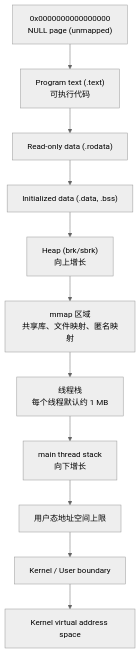
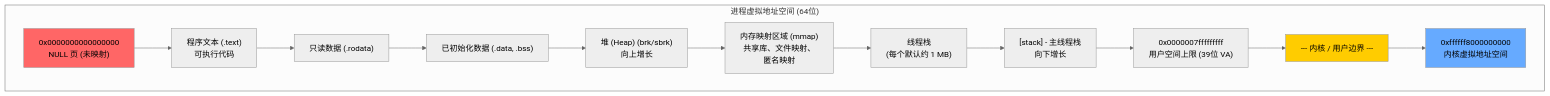
One commit to fwrite0920/aosp-internal-book changed the first of 20 diagrams in 08-memory-management-zh.md. Above: the diagram before and after it, drawn with Mermaid (neutral theme). The commit also changed other lines of this file and 63 other files, not shown here.

````diff
--- a/08-memory-management-zh.md
+++ b/08-memory-management-zh.md
@@ -44,13 +44,22 @@
 ```mermaid
 graph TD
-    A["0x0000000000000000<br/>NULL page (unmapped)"] --> B["Program text (.text)<br/>可执行代码"]
-    B --> C["Read-only data (.rodata)"]
-    C --> D["Initialized data (.data, .bss)"]
-    D --> E["Heap (brk/sbrk)<br/>向上增长"]
-    E --> F["mmap 区域<br/>共享库、文件映射、匿名映射"]
-    F --> G["线程栈<br/>每个线程默认约 1 MB"]
-    G --> H["main thread stack<br/>向下增长"]
-    H --> I["用户态地址空间上限"]
-    I --> J["Kernel / User boundary"]
-    J --> K["Kernel virtual address space"]
+    subgraph "进程虚拟地址空间 (64位)"
+        A["0x0000000000000000<br/>NULL 页 (未映射)"]
+        B["程序文本 (.text)<br/>可执行代码"]
+        C["只读数据 (.rodata)"]
+        D["已初始化数据 (.data, .bss)"]
+        E["堆 (Heap) (brk/sbrk)<br/>向上增长"]
+        F["内存映射区域 (mmap)<br/>共享库、文件映射、<br/>匿名映射"]
+        G["线程栈<br/>(每个默认约 1 MB)"]
+        H["[stack] - 主线程栈<br/>向下增长"]
+        I["0x0000007fffffffff<br/>用户空间上限 (39位 VA)"]
+        J["--- 内核 / 用户边界 ---"]
+        K["0xffffff8000000000<br/>内核虚拟地址空间"]
+    end
+
+    A --> B --> C --> D --> E --> F --> G --> H --> I --> J --> K
+
+    style A fill:#ff6666,color:#000
+    style J fill:#ffcc00,color:#000
+    style K fill:#66aaff,color:#000
 ```
````
